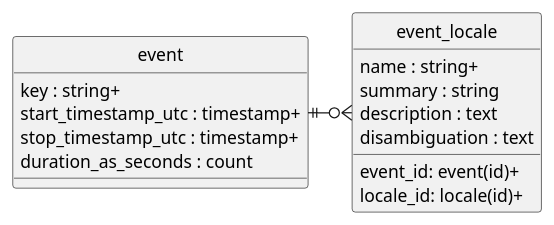
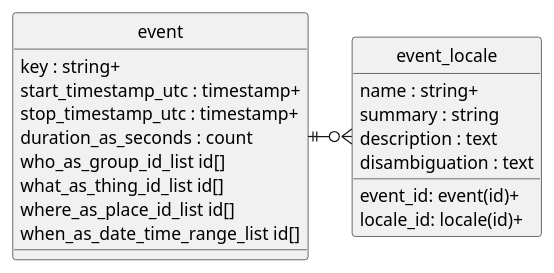
One commit to contactopensource/contactopensource changed the diagram in doc/concepts/event/uml.plantuml. Above: the diagram before and after it, drawn with PlantUML. The commit also changed 16 other files, not shown here.

```diff
--- a/doc/concepts/event/uml.plantuml
+++ b/doc/concepts/event/uml.plantuml
@@ -1,24 +1,28 @@
 @startuml uml
 skinparam monochrome true
 skinparam linetype ortho
 hide circle
 
 entity event {
     key : string+
     start_timestamp_utc : timestamp+
     stop_timestamp_utc : timestamp+
     duration_as_seconds : count
+    who_as_group_id_list id[]
+    what_as_thing_id_list id[]
+    where_as_place_id_list id[]
+    when_as_date_time_range_list id[]
 }
 
 entity event_locale {
     event_id: event(id)+
     locale_id: locale(id)+
     name : string+
     summary : string
     description : text
     disambiguation : text
 }
 
 event ||-r-o{ event_locale
 
 @enduml
```
